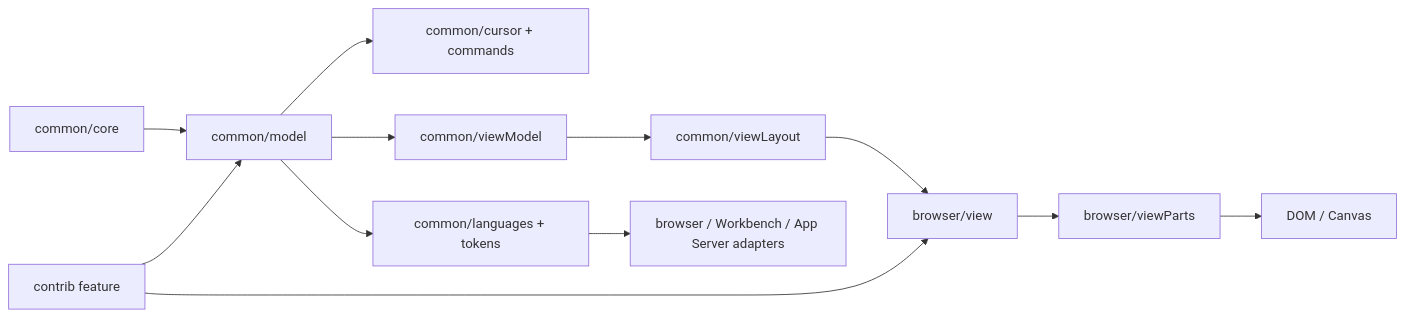
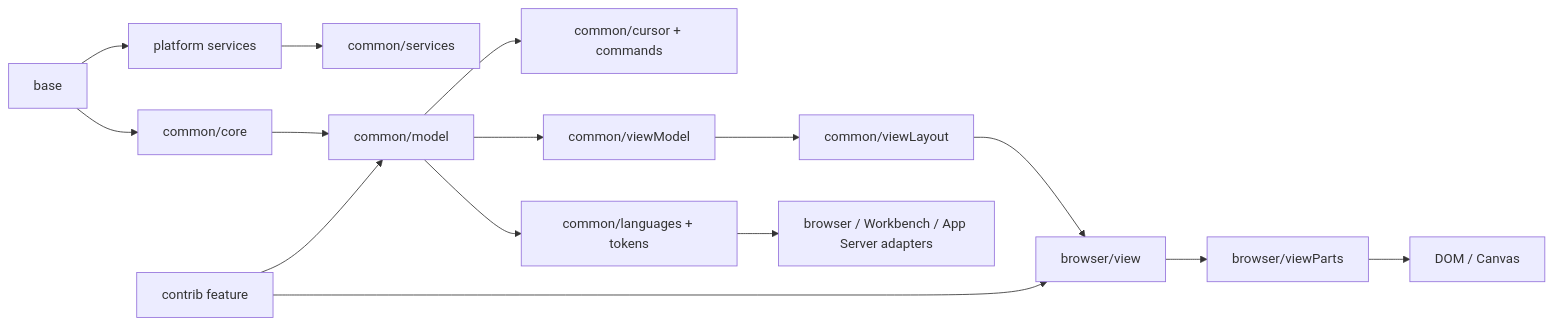
The first of 2 diagrams in zeta-ts/src/zeta/editor/text-engine.md (chogng/zeta), drawn with Mermaid before and after one commit. The commit also changed other lines of this file and 313 other files, not shown here.

````diff
--- a/zeta-ts/src/zeta/editor/text-engine.md
+++ b/zeta-ts/src/zeta/editor/text-engine.md
@@ -33,14 +33,17 @@
 ```mermaid
 flowchart LR
+    Base[base] --> Platform[platform services]
+    Base --> Core[common/core]
+    Platform --> ModelServices[common/services]
     Core[common/core] --> Model[common/model]
     Model --> Cursor[common/cursor + commands]
     Model --> ViewModel[common/viewModel]
-    ViewModel --> ViewLayout[common/viewLayout]
-    ViewLayout --> BrowserView[browser/view]
+    ViewModel --> EditorViewportLayoutManager[common/viewLayout]
+    EditorViewportLayoutManager --> BrowserView[browser/view]
     BrowserView --> ViewParts[browser/viewParts]
     ViewParts --> DOM[DOM / Canvas]
     Model --> Languages[common/languages + tokens]
     Languages --> Adapters[browser / Workbench / App Server adapters]
     Contrib[contrib feature] --> Model
     Contrib --> BrowserView
 ```
````
